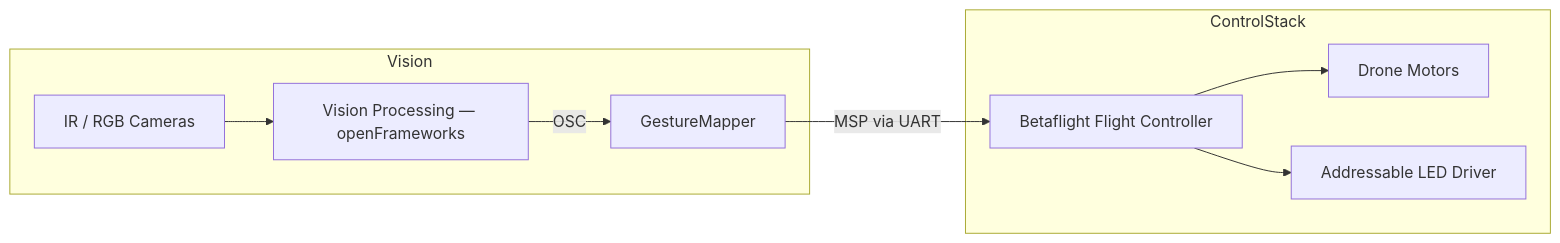
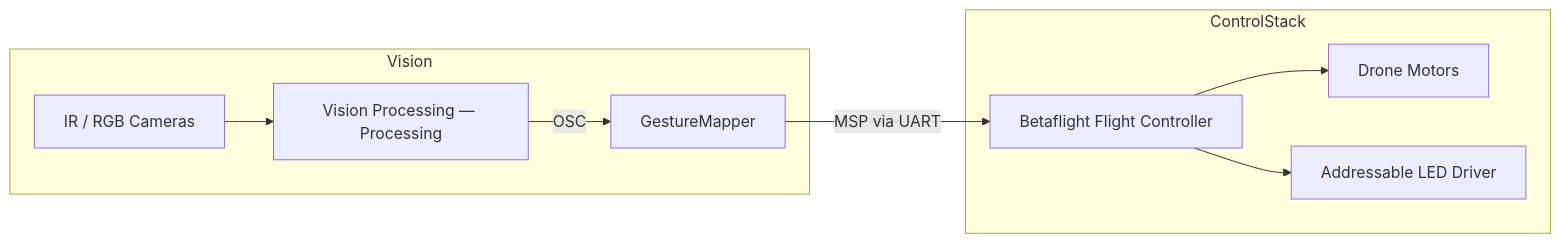
Before and after one commit to bseverns/perceptual-drift: the first of 3 diagrams in docs/onboarding/README.md, drawn with Mermaid. The commit also changed other lines of this file and 2 other files, not shown here.

Commit message:
Switch vision docs to Processing tracker

````diff
--- a/docs/onboarding/README.md
+++ b/docs/onboarding/README.md
@@ -23,14 +23,14 @@
 ```mermaid
 flowchart LR
     subgraph Vision
         Cameras["IR / RGB Cameras"]
-        VisionProcessing["Vision Processing — openFrameworks"]
+        VisionProcessing["Vision Processing — Processing"]
         Cameras --> VisionProcessing
         VisionProcessing -->|OSC| GestureMapper
     end
     subgraph ControlStack
         GestureMapper -->|MSP via UART| FlightController["Betaflight Flight Controller"]
         FlightController --> Motors["Drone Motors"]
         FlightController --> LedDriver["Addressable LED Driver"]
     end
 ```
````
